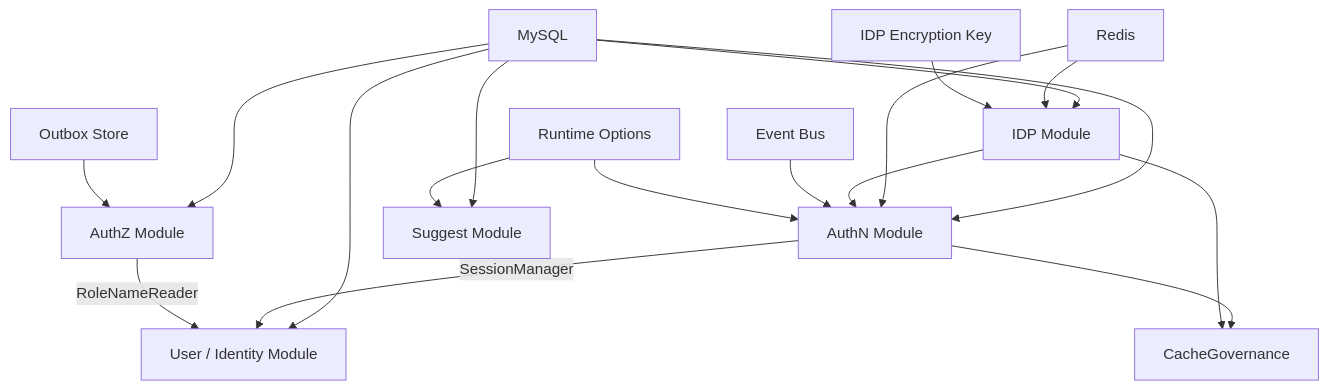
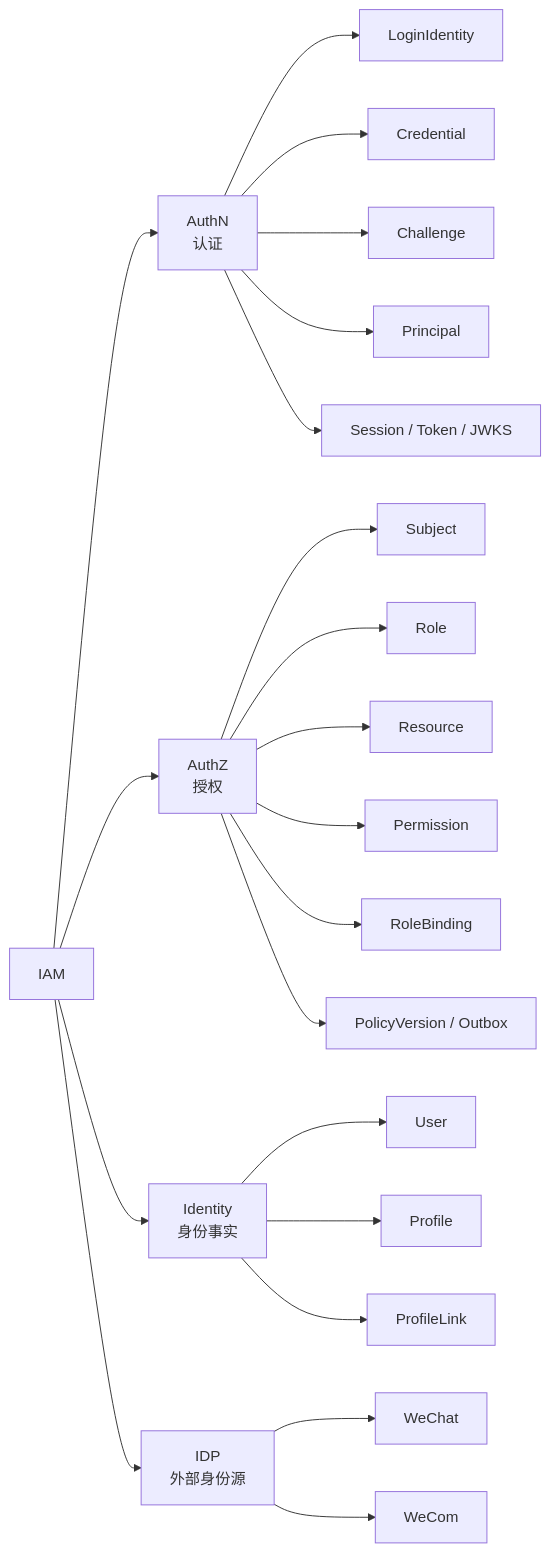
Before and after one commit to FangcunMount/iam: the fourth of 9 diagrams in docs/00-概览/01-系统架构总览.md, drawn with Mermaid. The commit also changed other lines of this file and 4 other files, not shown here.

````diff
--- a/docs/00-概览/01-系统架构总览.md
+++ b/docs/00-概览/01-系统架构总览.md
@@ -255,39 +272,27 @@
 ```mermaid
-flowchart TD
-    DB["MySQL"]
-    Redis["Redis"]
-    EventBus["Event Bus"]
-    EventStager["Outbox Store"]
-    Key["IDP Encryption Key"]
-    RuntimeOptions["Runtime Options"]
+flowchart LR
+    IAM["IAM"] --> AuthN["AuthN<br/>认证"]
+    IAM --> AuthZ["AuthZ<br/>授权"]
+    IAM --> Identity["Identity<br/>身份事实"]
+    IAM --> IDP["IDP<br/>外部身份源"]
 
-    IDP["IDP Module"]
-    AuthN["AuthN Module"]
-    AuthZ["AuthZ Module"]
-    User["User / Identity Module"]
-    Suggest["Suggest Module"]
-    CacheGov["CacheGovernance"]
+    AuthN --> LoginIdentity["LoginIdentity"]
+    AuthN --> Credential["Credential"]
+    AuthN --> Challenge["Challenge"]
+    AuthN --> Principal["Principal"]
+    AuthN --> SessionToken["Session / Token / JWKS"]
 
-    DB --> IDP
-    Redis --> IDP
-    Key --> IDP
+    AuthZ --> Subject["Subject"]
+    AuthZ --> Role["Role"]
+    AuthZ --> Resource["Resource"]
+    AuthZ --> Permission["Permission"]
+    AuthZ --> RoleBinding["RoleBinding"]
+    AuthZ --> PolicyVersion["PolicyVersion / Outbox"]
 
-    DB --> AuthN
-    Redis --> AuthN
-    IDP --> AuthN
-    EventBus --> AuthN
-    RuntimeOptions --> AuthN
+    Identity --> User["User"]
+    Identity --> Profile["Profile"]
+    Identity --> ProfileLink["ProfileLink"]
 
-    DB --> AuthZ
-    EventStager --> AuthZ
-
-    DB --> User
-    AuthN -->|"SessionManager"| User
-    AuthZ -->|"RoleNameReader"| User
-
-    DB --> Suggest
-    RuntimeOptions --> Suggest
-
-    AuthN --> CacheGov
-    IDP --> CacheGov
+    IDP --> WeChat["WeChat"]
+    IDP --> WeCom["WeCom"]
 ```
````
